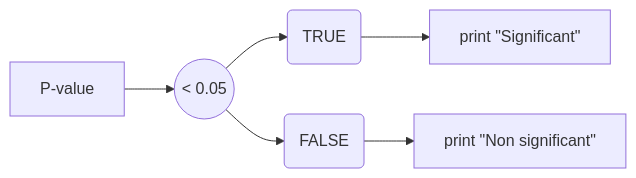
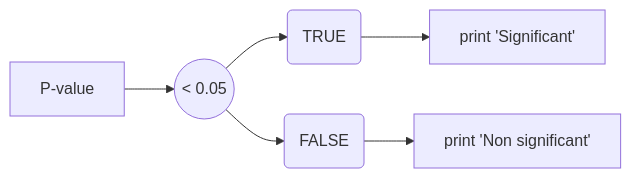
The second of 3 diagrams in ioc_r/r_contents/week04/r_w04_slides.qmd (InforBio/ioc-r-2026), drawn with Mermaid before and after one commit. The commit also changed other lines of this file, not shown here.

Commit message:
fix mermaid syntax errors in w4 slides

````diff
--- a/ioc_r/r_contents/week04/r_w04_slides.qmd
+++ b/ioc_r/r_contents/week04/r_w04_slides.qmd
@@ -357,10 +357,10 @@
 ```{mermaid}
 %%| echo: false
 %%| fig-width: 10
 flowchart LR
-  AA[P-value] --> A((&lt; 0.05))
+  AA[P-value] --> A(("< 0.05"))
   A --> B(TRUE)
   A --> C(FALSE)
-  B --> D[print &quot;Significant&quot;]
-  C --> E[print &quot;Non significant&quot;]
+  B --> D["print 'Significant'"]
+  C --> E["print 'Non significant'"]
 ```
````
